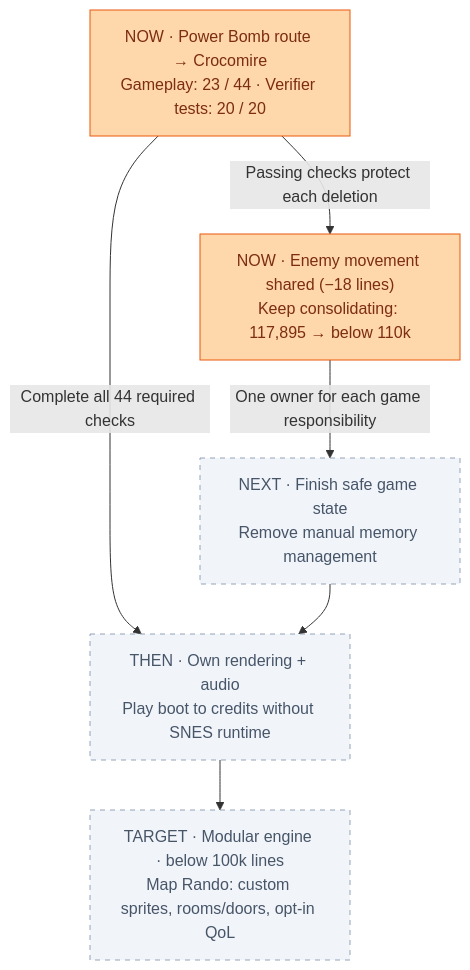
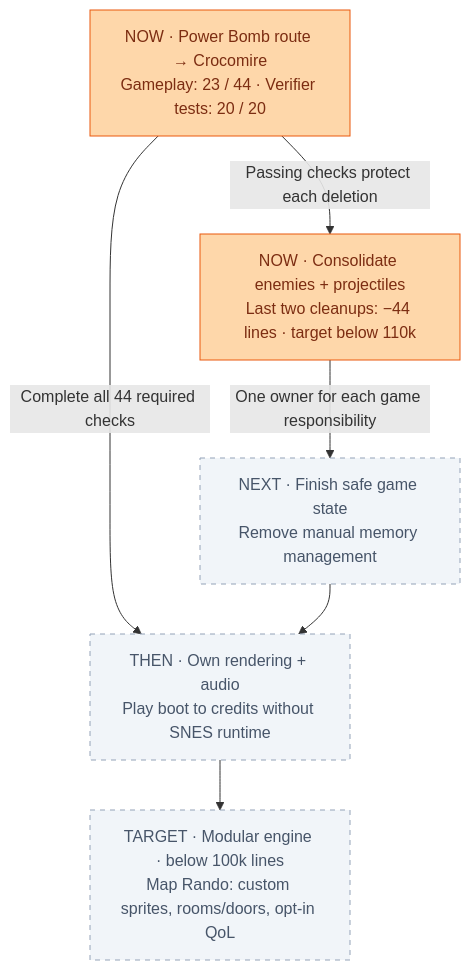
The diagram in PROGRESS.md (JimLundin/sm-decomp), drawn with Mermaid before and after one commit. The commit also changed other lines of this file and 3 other files, not shown here.

````diff
--- a/PROGRESS.md
+++ b/PROGRESS.md
@@ -3,14 +3,14 @@
 ```mermaid
 flowchart TB
     NOW["NOW · Power Bomb route → Crocomire<br/>Gameplay: 23 / 44 · Verifier tests: 20 / 20"]:::active
-    DELETE["NOW · Enemy movement shared (−18 lines)<br/>Keep consolidating: 117,895 → below 110k"]:::active
+    DELETE["NOW · Consolidate enemies + projectiles<br/>Last two cleanups: −44 lines · target below 110k"]:::active
     OWN["NEXT · Finish safe game state<br/>Remove manual memory management"]:::pending
     PROVE["THEN · Own rendering + audio<br/>Play boot to credits without SNES runtime"]:::pending
     TARGET["TARGET · Modular engine · below 100k lines<br/>Map Rando: custom sprites, rooms/doors, opt-in QoL"]:::pending
     NOW -->|Passing checks protect each deletion| DELETE
     DELETE -->|One owner for each game responsibility| OWN
     NOW -->|Complete all 44 required checks| PROVE
     OWN --> PROVE --> TARGET
     classDef active fill:#fed7aa,stroke:#ea580c,color:#7c2d12
     classDef pending fill:#f1f5f9,stroke:#94a3b8,color:#475569,stroke-dasharray:5 5
 ```
````
